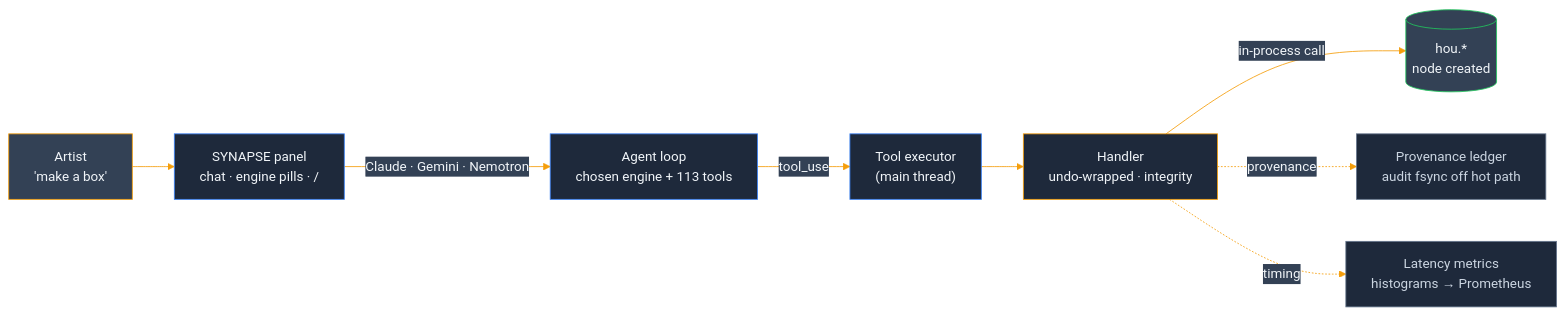
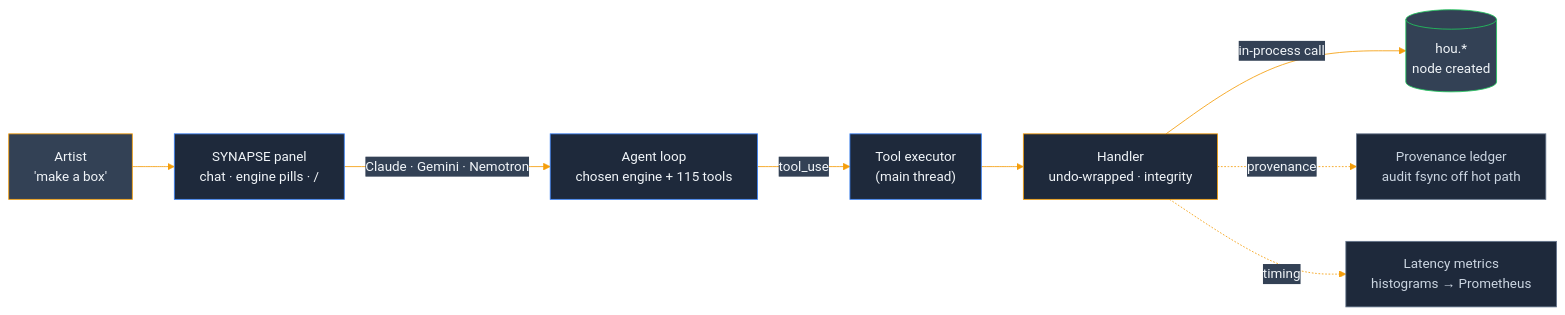
Before and after one commit to JosephOIbrahim/Synapse: the first of 5 diagrams in README.md, drawn with Mermaid. The commit also changed other lines of this file, not shown here.

Commit message:
docs(readme): refresh diagrams — 113->115 tools + the complete propose->build->agent.usd pipeline

````diff
--- a/README.md
+++ b/README.md
@@ -43,16 +43,16 @@
 ```mermaid
 %%{init: {'theme':'base', 'themeVariables': {'primaryColor':'#1e293b','primaryTextColor':'#f1f5f9','primaryBorderColor':'#0f172a','lineColor':'#f59e0b','secondaryColor':'#334155','tertiaryColor':'#475569'}}}%%
 flowchart LR
     ART["Artist<br/>'make a box'"]:::artist --> PANEL["SYNAPSE panel<br/>chat · engine pills · /"]:::panel
-    PANEL -->|"Claude · Gemini · Nemotron"| LOOP["Agent loop<br/>chosen engine + 113 tools"]:::panel
+    PANEL -->|"Claude · Gemini · Nemotron"| LOOP["Agent loop<br/>chosen engine + 115 tools"]:::panel
     LOOP -->|"tool_use"| EXEC["Tool executor<br/>(main thread)"]:::panel
     EXEC --> BR["Handler<br/>undo-wrapped · integrity"]:::bridge
     BR -->|in-process call| HOU[("hou.*<br/>node created")]:::hou
     BR -.provenance.-> LEDGER["Provenance ledger<br/>audit fsync off hot path"]:::side
     BR -.timing.-> METRICS["Latency metrics<br/>histograms → Prometheus"]:::side
     classDef artist fill:#334155,stroke:#f59e0b,color:#f1f5f9
     classDef panel fill:#1e293b,stroke:#3b82f6,color:#f1f5f9
     classDef bridge fill:#1e293b,stroke:#f59e0b,color:#f1f5f9
     classDef hou fill:#334155,stroke:#22c55e,color:#f1f5f9
     classDef side fill:#1e293b,stroke:#64748b,color:#cbd5e1
 ```
````
